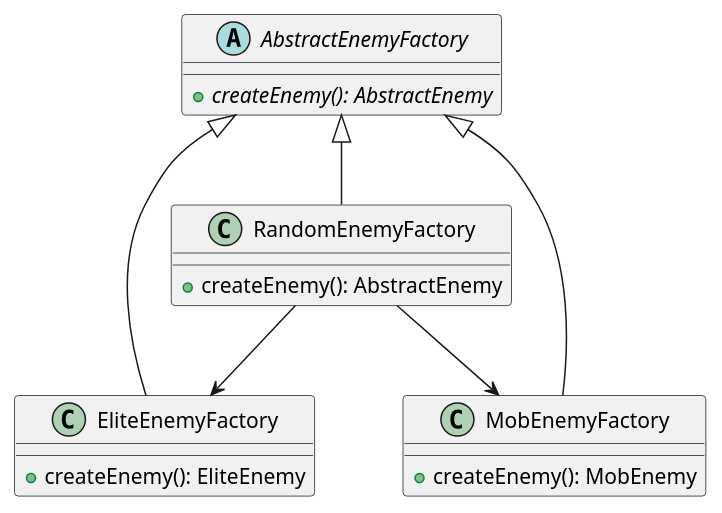
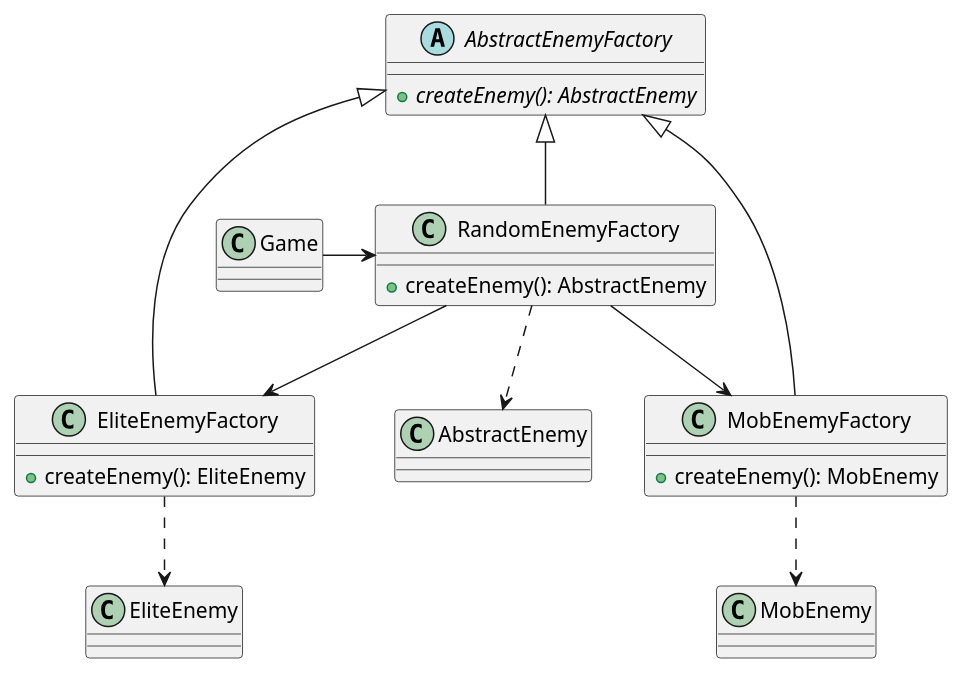
One commit to Jim-shop/AircraftWar changed the diagram in uml/EnemyFactory.puml. Above: the diagram before and after it, drawn with PlantUML. The commit also changed 3 other files, not shown here.

```diff
--- a/uml/EnemyFactory.puml
+++ b/uml/EnemyFactory.puml
@@ -1,23 +1,30 @@
 @startuml
 
 abstract class AbstractEnemyFactory {
     + {abstract} createEnemy(): AbstractEnemy
 }
 
 class EliteEnemyFactory extends AbstractEnemyFactory {
     + createEnemy(): EliteEnemy
 }
 
 class MobEnemyFactory extends AbstractEnemyFactory {
     + createEnemy(): MobEnemy
 }
 
 class RandomEnemyFactory extends AbstractEnemyFactory {
     + createEnemy(): AbstractEnemy
 }
 
 RandomEnemyFactory --> EliteEnemyFactory
 RandomEnemyFactory --> MobEnemyFactory
 
+EliteEnemyFactory ..> EliteEnemy
+MobEnemyFactory ..> MobEnemy
+RandomEnemyFactory ..> AbstractEnemy
+
+class Game {}
+
+Game -> RandomEnemyFactory
 
 @enduml
```
